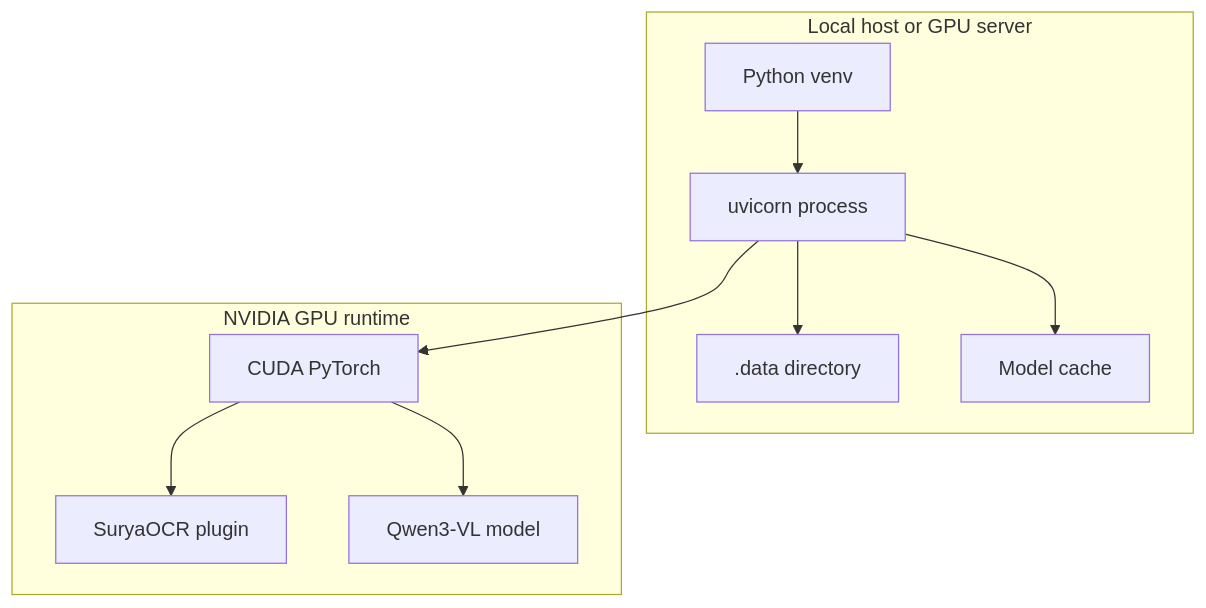
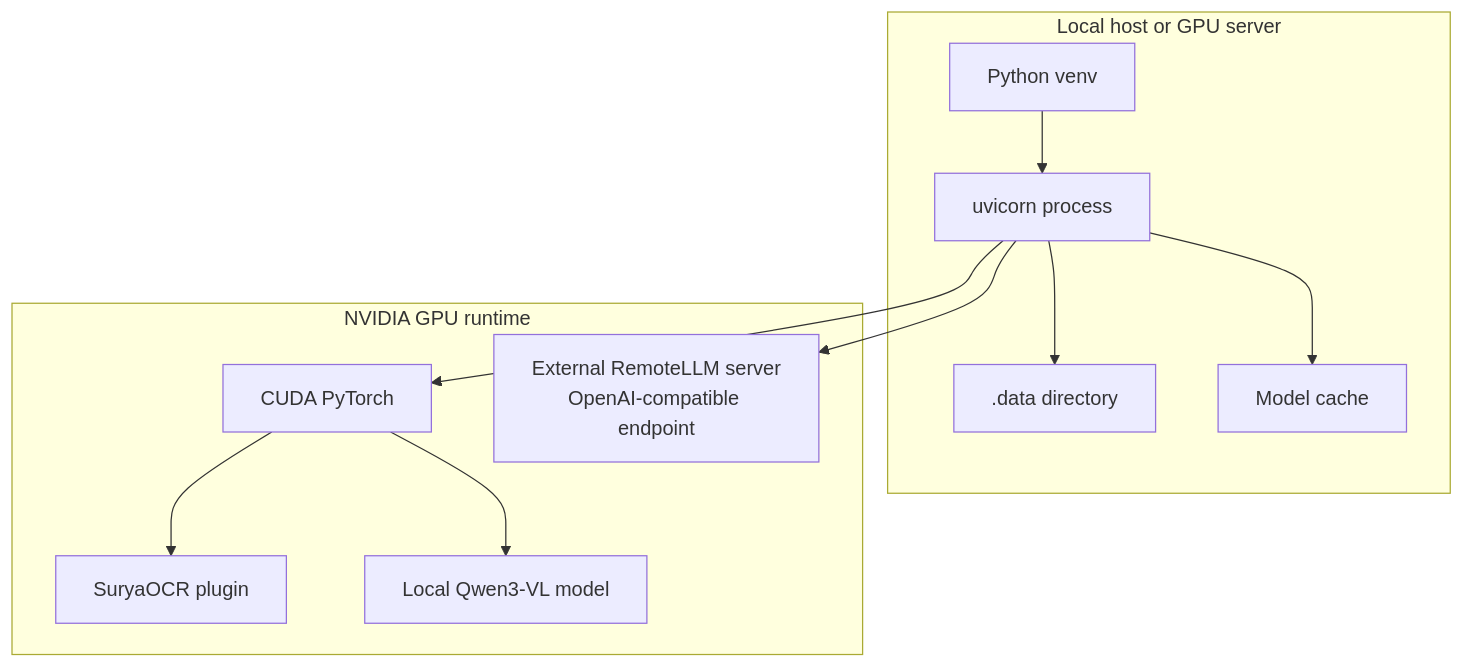
One commit to alrolo3/ingest-orquestator-service changed the seventh of 7 diagrams in docs/architecture-diagram.md. Above: the diagram before and after it, drawn with Mermaid. The commit also changed other lines of this file and 38 other files, not shown here.

Commit message:
Implement RemoteLLM Docling routing

````diff
--- a/docs/architecture-diagram.md
+++ b/docs/architecture-diagram.md
@@ -216,22 +216,24 @@
 ```mermaid
 flowchart TB
     subgraph Host["Local host or GPU server"]
         Venv["Python venv"]
         APIProcess["uvicorn process"]
         DataDir[".data directory"]
         ModelsCache["Model cache"]
     end
 
     subgraph OptionalGPU["NVIDIA GPU runtime"]
         CUDA["CUDA PyTorch"]
         Surya["SuryaOCR plugin"]
-        Qwen["Qwen3-VL model"]
+        Qwen["Local Qwen3-VL model"]
+        RemoteLLM["External RemoteLLM server<br/>OpenAI-compatible endpoint"]
     end
 
     Venv --> APIProcess
     APIProcess --> DataDir
     APIProcess --> ModelsCache
     APIProcess --> CUDA
+    APIProcess --> RemoteLLM
     CUDA --> Surya
     CUDA --> Qwen
 ```
````
